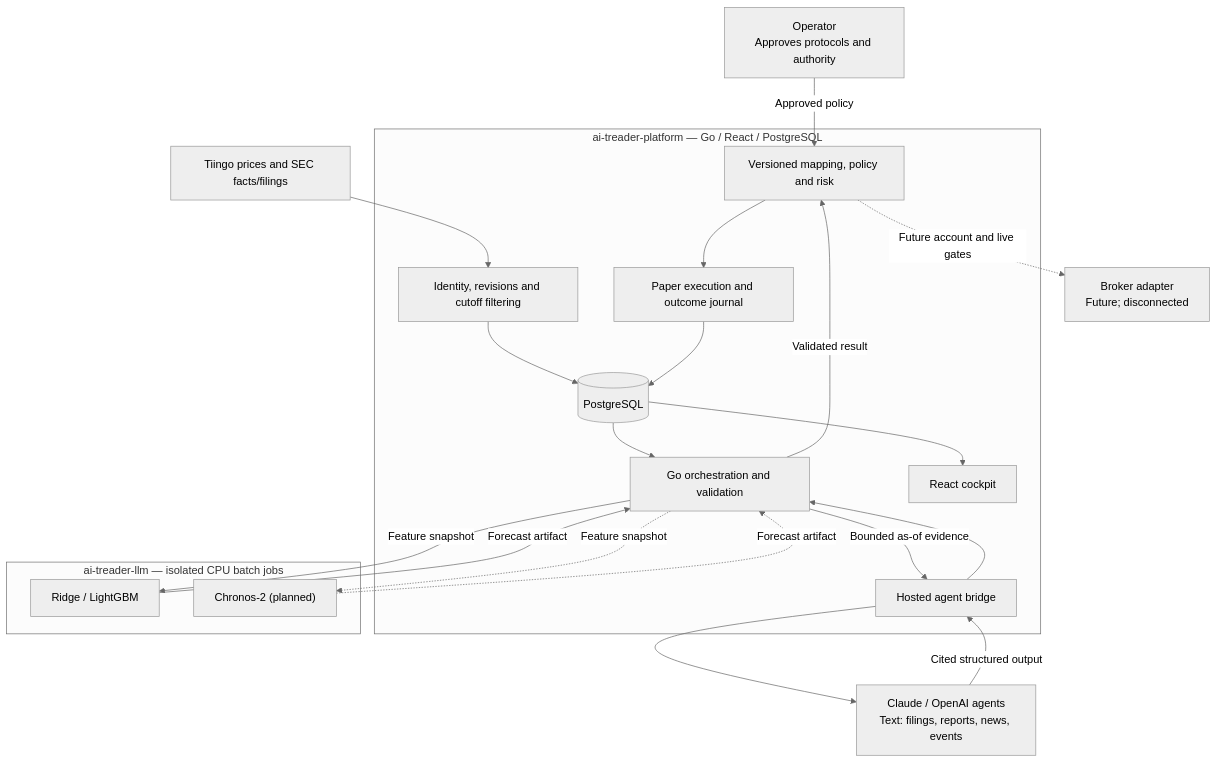
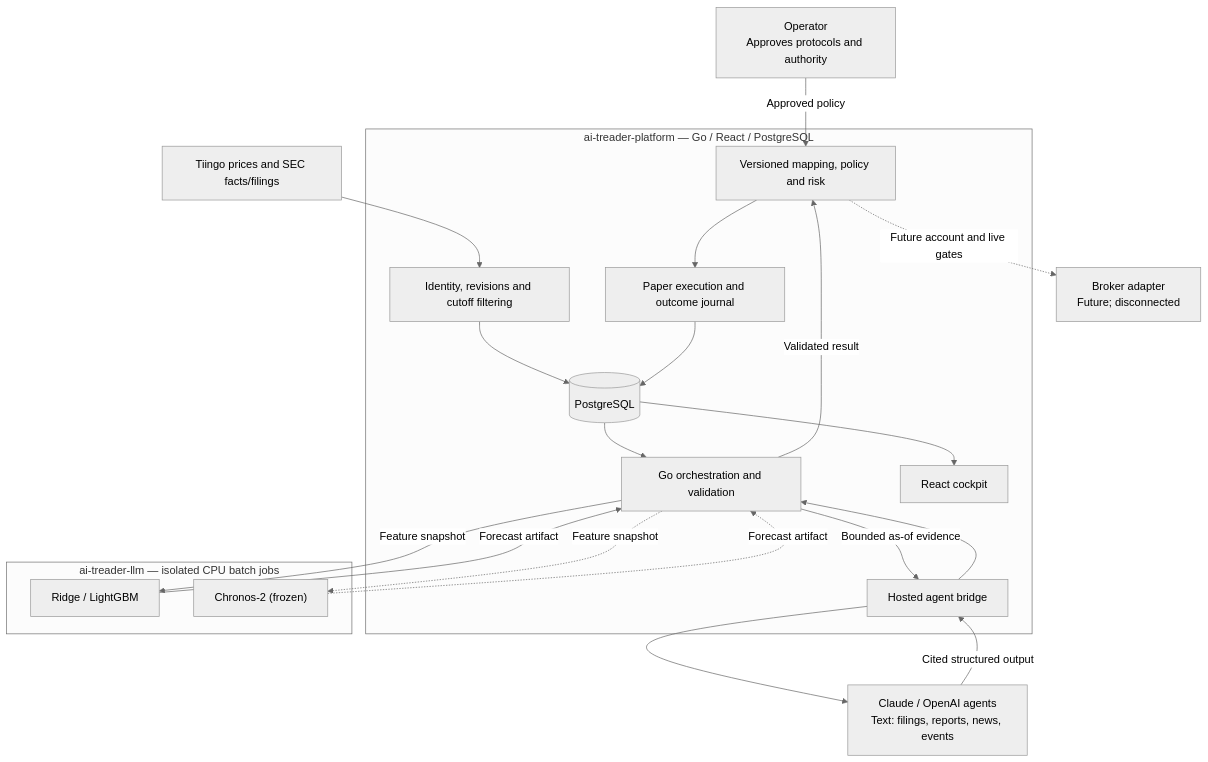
One commit to ragabi-ops/ai-treader-llm changed the first of 2 diagrams in architecture.md. Above: the diagram before and after it, drawn with Mermaid (neutral theme). The commit also changed other lines of this file and 9 other files, not shown here.

````diff
--- a/architecture.md
+++ b/architecture.md
@@ -36,33 +36,33 @@
 ```mermaid
 flowchart TB
     Operator["Operator<br/>Approves protocols and authority"]
     Sources["Tiingo prices and SEC facts/filings"]
 
     subgraph Platform["ai-treader-platform — Go / React / PostgreSQL"]
         PIT["Identity, revisions and cutoff filtering"]
         DB[("PostgreSQL")]
         Worker["Go orchestration and validation"]
         Bridge["Hosted agent bridge"]
         Rules["Versioned mapping, policy and risk"]
         Paper["Paper execution and outcome journal"]
         UI["React cockpit"]
     end
 
     subgraph Jobs["ai-treader-llm — isolated CPU batch jobs"]
         Trees["Ridge / LightGBM"]
-        Chronos["Chronos-2 (planned)"]
+        Chronos["Chronos-2 (frozen)"]
     end
 
     Hosted["Claude / OpenAI agents<br/>Text: filings, reports, news, events"]
     Broker["Broker adapter<br/>Future; disconnected"]
 
     Sources --> PIT --> DB --> Worker
     Worker -->|Feature snapshot| Trees -->|Forecast artifact| Worker
     Worker -.->|Feature snapshot| Chronos -.->|Forecast artifact| Worker
     Worker -->|Bounded as-of evidence| Bridge --> Hosted
     Hosted -->|Cited structured output| Bridge --> Worker
     Worker -->|Validated result| Rules
     Operator -->|Approved policy| Rules
     Rules --> Paper --> DB --> UI
     Rules -.->|Future account and live gates| Broker
 ```
````
